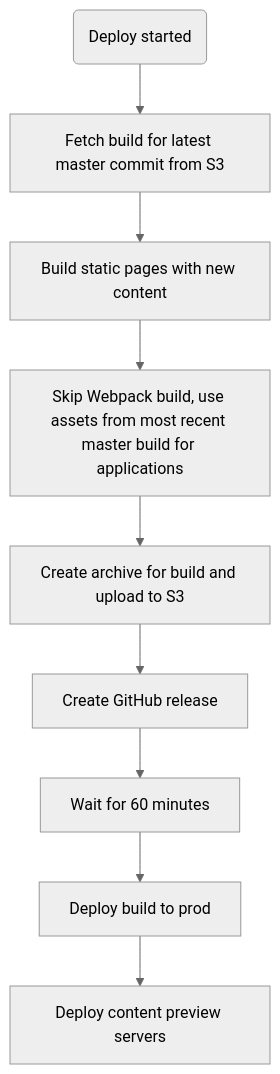
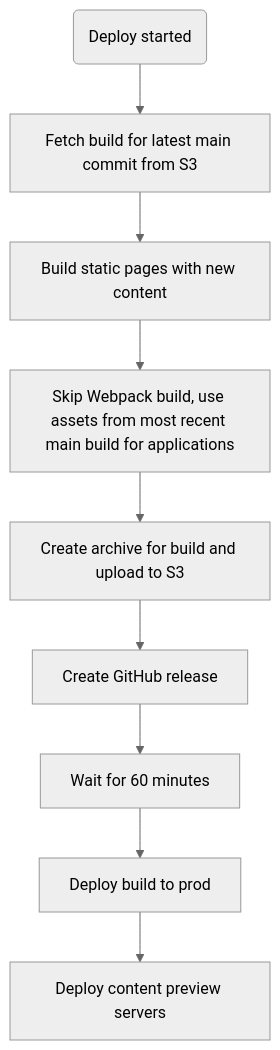
One commit to department-of-veterans-affairs/veteran-facing-services-tools changed the fourth of 4 diagrams in packages/documentation/src/pages/platform/architecture/build-deploy-flows.mdx. Above: the diagram before and after it, drawn with Mermaid (neutral theme). The commit also changed other lines of this file and 13 other files, not shown here.

Commit message:
update documentation references to master branch of vets-website / content-build to main

````diff
--- a/packages/documentation/src/pages/platform/architecture/build-deploy-flows.mdx
+++ b/packages/documentation/src/pages/platform/architecture/build-deploy-flows.mdx
@@ -82,12 +94,12 @@
 ```mermaid
 graph TD
 1(Deploy started)
-1 --> 2[Fetch build for latest master commit from S3]
+1 --> 2[Fetch build for latest main commit from S3]
 2 --> 3[Build static pages with new content]
-3 --> 4[Skip Webpack build, use assets from most recent master build for applications]
+3 --> 4[Skip Webpack build, use assets from most recent main build for applications]
 4 --> 5[Create archive for build and upload to S3]
 5 --> 6[Create GitHub release]
 6 --> 7[Wait for 60 minutes]
 7 --> 8[Deploy build to prod]
 8 --> 9[Deploy content preview servers]
 ```
````
